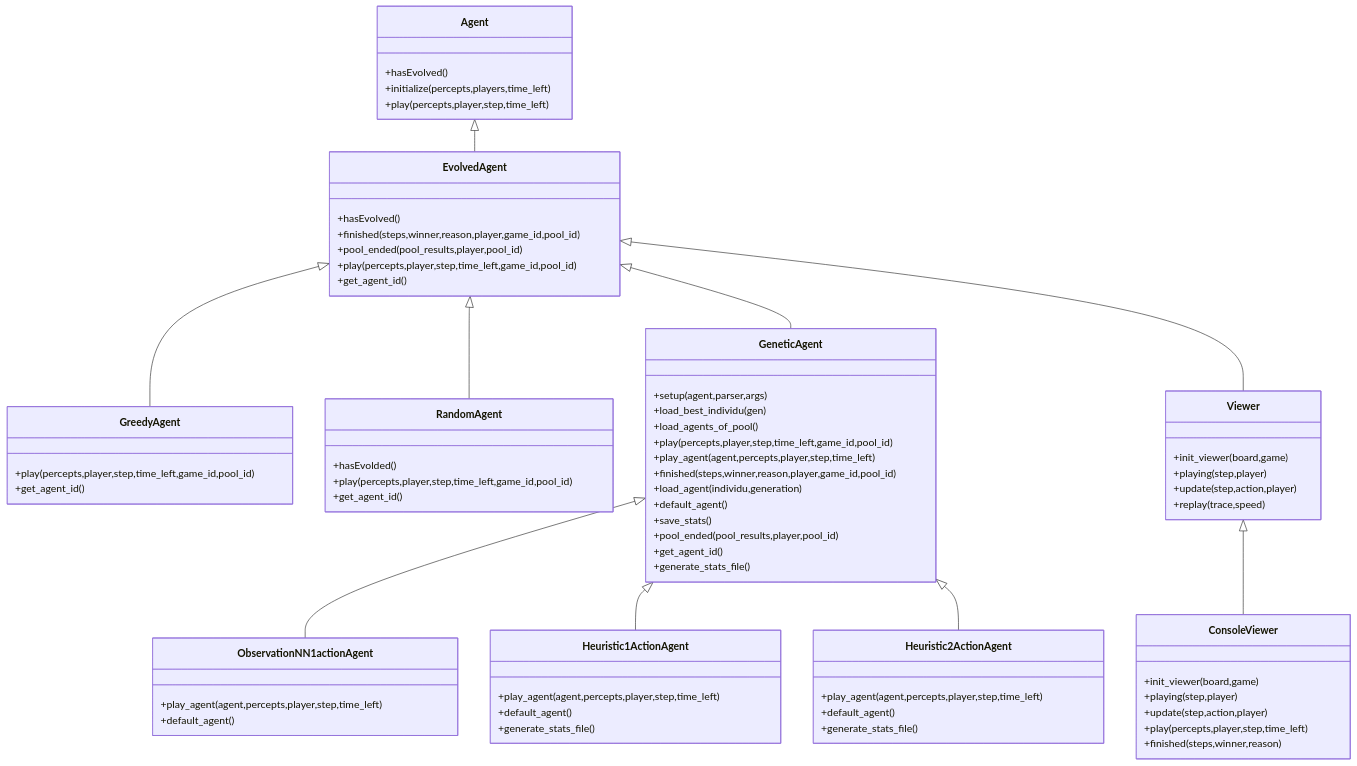
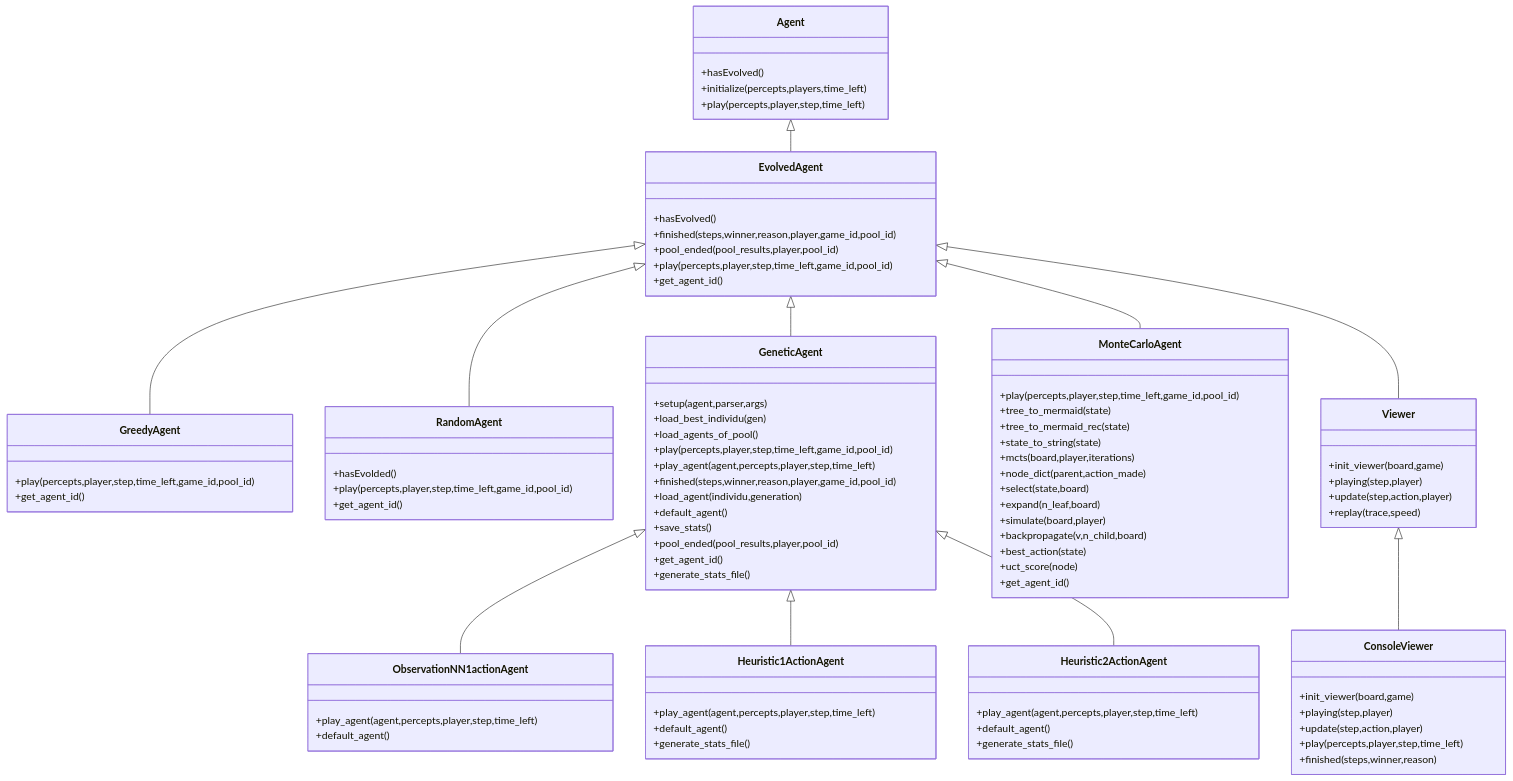
Before and after one commit to StephaneBranly/INF8215-Avalam-AI: the diagram in README.md, drawn with Mermaid. The commit also changed 11 other files, not shown here.

```diff
--- a/README.md
+++ b/README.md
@@ -24,6 +24,7 @@
 EvolvedAgent <|-- GreedyAgent
 EvolvedAgent <|-- RandomAgent
 EvolvedAgent <|-- GeneticAgent
+EvolvedAgent <|-- MonteCarloAgent
 EvolvedAgent <|-- Viewer
 class Viewer {
   +init_viewer(board,game) 
@@ -41,6 +42,22 @@
   +finished(steps,winner,reason) 
 }
 click ConsoleViewer href "https://github.com/StephaneBranly/Avalam-AI/blob/main/doc/ConsoleViewer.md" "Detail of the class ConsoleViewer"
+class MonteCarloAgent {
+  +play(percepts,player,step,time_left,game_id,pool_id) 
+  +tree_to_mermaid(state) 
+  +tree_to_mermaid_rec(state) 
+  +state_to_string(state) 
+  +mcts(board,player,iterations) 
+  +node_dict(parent,action_made) 
+  +select(state,board) 
+  +expand(n_leaf,board) 
+  +simulate(board,player) 
+  +backpropagate(v,n_child,board) 
+  +best_action(state) 
+  +uct_score(node) 
+  +get_agent_id() 
+}
+click MonteCarloAgent href "https://github.com/StephaneBranly/Avalam-AI/blob/main/doc/MonteCarloAgent.md" "Detail of the class MonteCarloAgent"
 class GeneticAgent {
   +setup(agent,parser,args) 
   +load_best_individu(gen) 
```
